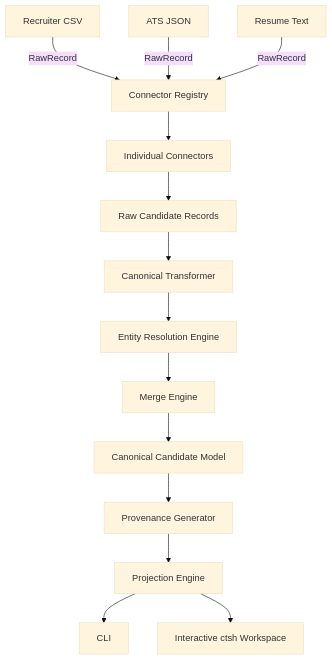
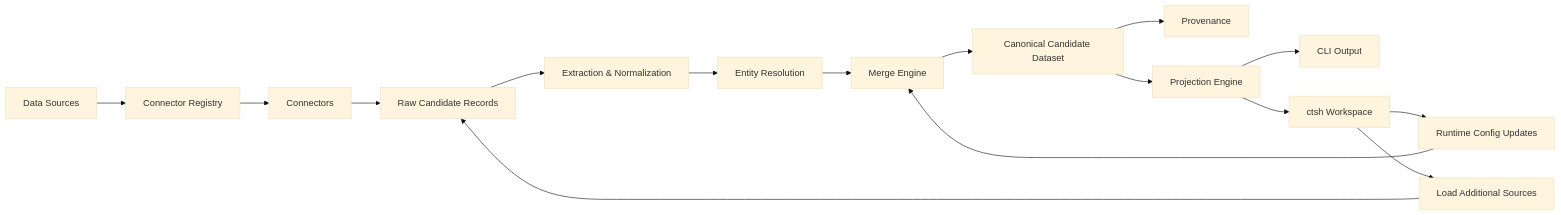
Before and after one commit to suryanandanbabbar/candidate-transformer: the diagram in README.md, drawn with Mermaid (base theme). The commit also changed other lines of this file, not shown here.

````diff
--- a/README.md
+++ b/README.md
@@ -161,16 +219,18 @@
 ```mermaid
-flowchart TD
-    A[Recruiter CSV] --> |RawRecord| D
-    B[ATS JSON] --> |RawRecord| D
-    C[Resume Text] --> |RawRecord| D
-    D[Connector Registry] --> E[Individual Connectors]
-    E --> F[Raw Candidate Records]
-    F --> G[Canonical Transformer]
-    G --> H[Entity Resolution Engine]
-    H --> I[Merge Engine]
-    I --> J[Canonical Candidate Model]
-    J --> K[Provenance Generator]
-    K --> L[Projection Engine]
-    L --> M[CLI]
-    L --> N[Interactive ctsh Workspace]
+flowchart LR
+    A[Data Sources] --> B[Connector Registry]
+    B --> C[Connectors]
+    C --> D[Raw Candidate Records]
+    D --> E[Extraction & Normalization]
+    E --> F[Entity Resolution]
+    F --> G[Merge Engine]
+    G --> H[Canonical Candidate Dataset]
+    H --> I[Provenance]
+    H --> J[Projection Engine]
+    J --> K[CLI Output]
+    J --> L[ctsh Workspace]
+    L --> M[Runtime Config Updates]
+    M --> G
+    L --> N[Load Additional Sources]
+    N --> D
 ```
````
